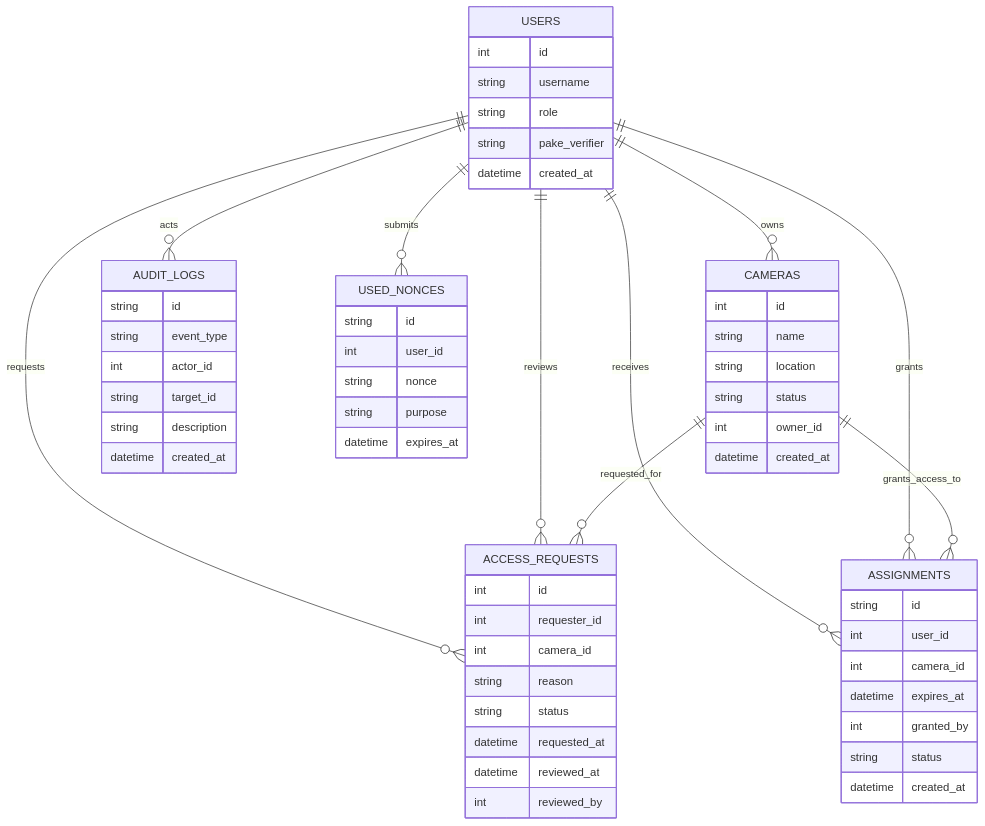
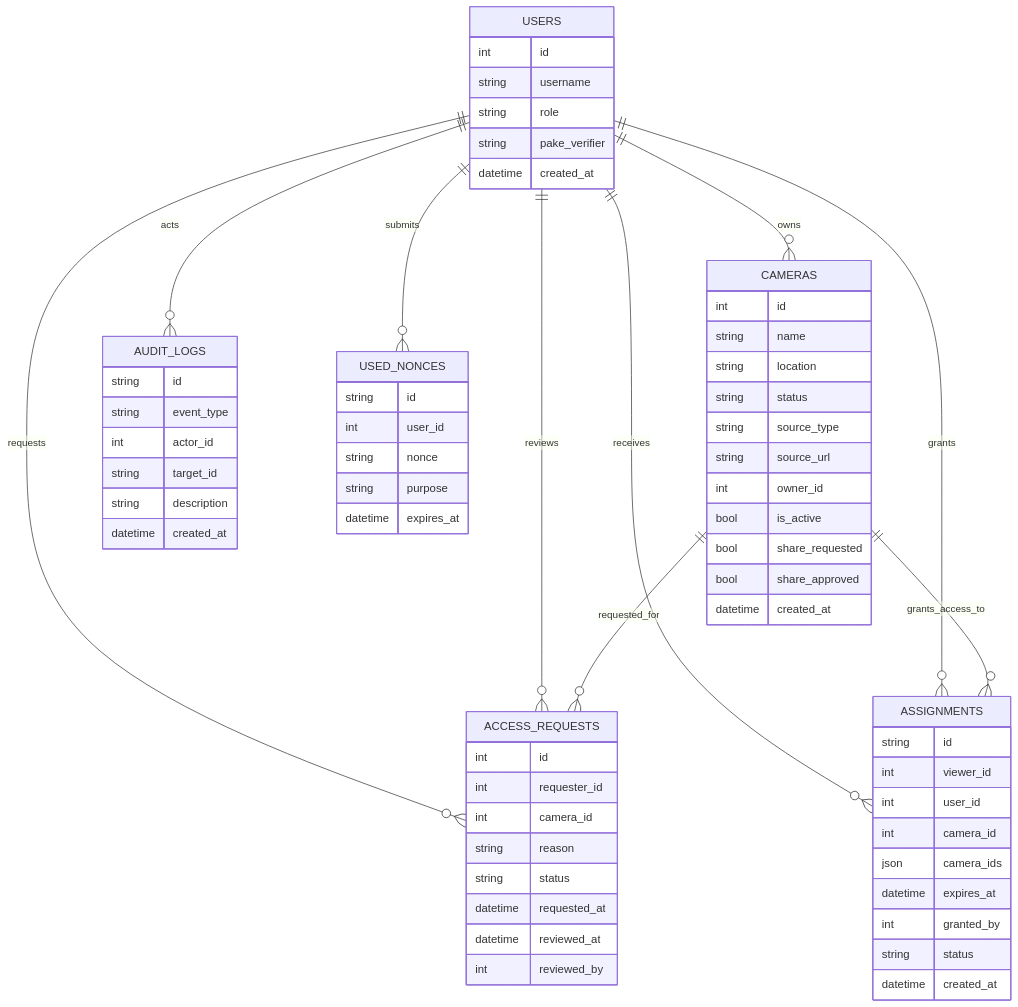
One commit to NikhilParashuramBakale/NPS changed the first of 5 diagrams in docs/DIAGRAMS.md. Above: the diagram before and after it, drawn with Mermaid. The commit also changed other lines of this file and 4 other files, not shown here.

````diff
--- a/docs/DIAGRAMS.md
+++ b/docs/DIAGRAMS.md
@@ -5,62 +5,69 @@
 ```mermaid
 erDiagram
   USERS ||--o{ CAMERAS : owns
   USERS ||--o{ ACCESS_REQUESTS : requests
   USERS ||--o{ ACCESS_REQUESTS : reviews
   USERS ||--o{ ASSIGNMENTS : receives
   USERS ||--o{ ASSIGNMENTS : grants
   USERS ||--o{ AUDIT_LOGS : acts
   USERS ||--o{ USED_NONCES : submits
   CAMERAS ||--o{ ACCESS_REQUESTS : requested_for
   CAMERAS ||--o{ ASSIGNMENTS : grants_access_to
 
   USERS {
     int id
     string username
     string role
     string pake_verifier
     datetime created_at
   }
   CAMERAS {
     int id
     string name
     string location
     string status
+    string source_type
+    string source_url
     int owner_id
+    bool is_active
+    bool share_requested
+    bool share_approved
     datetime created_at
   }
   ACCESS_REQUESTS {
     int id
     int requester_id
     int camera_id
     string reason
     string status
     datetime requested_at
     datetime reviewed_at
     int reviewed_by
   }
   ASSIGNMENTS {
     string id
+    int viewer_id
     int user_id
     int camera_id
+    json camera_ids
     datetime expires_at
     int granted_by
     string status
     datetime created_at
   }
   AUDIT_LOGS {
     string id
     string event_type
     int actor_id
     string target_id
     string description
     datetime created_at
   }
   USED_NONCES {
     string id
     int user_id
     string nonce
     string purpose
     datetime expires_at
   }
 ```
````
